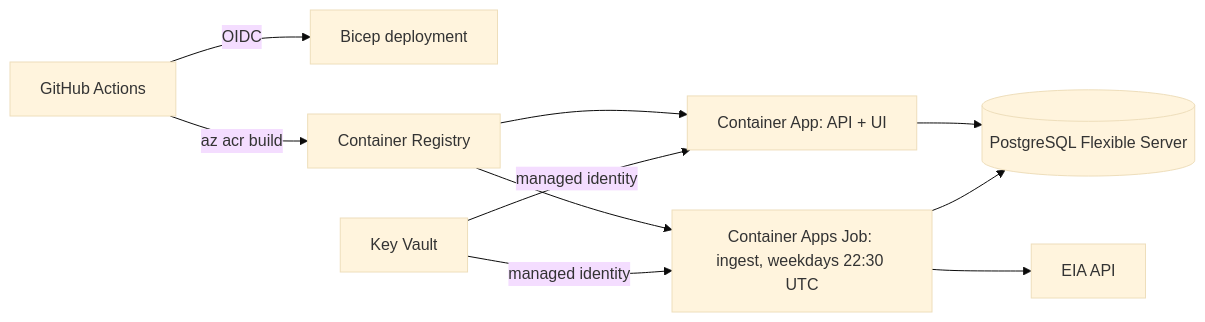
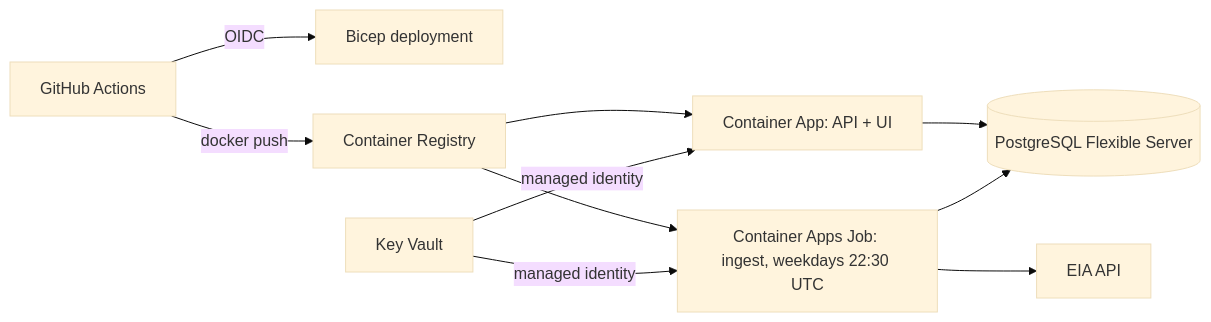
The diagram in docs/azure-deploy.md (honghong/energy-market-dashboard), drawn with Mermaid (base theme) before and after one commit. The commit also changed other lines of this file and 4 other files, not shown here.

First line of the commit message:
Deploy: build image on runner (ACR Tasks blocked), default to centralus, bump actions

````diff
--- a/docs/azure-deploy.md
+++ b/docs/azure-deploy.md
@@ -5,12 +5,12 @@
 ```mermaid
 flowchart LR
     GH[GitHub Actions] -->|OIDC| ARM[Bicep deployment]
-    GH -->|az acr build| ACR[Container Registry]
+    GH -->|docker push| ACR[Container Registry]
     ACR --> WEB[Container App: API + UI]
     ACR --> JOB[Container Apps Job: ingest, weekdays 22:30 UTC]
     KV[Key Vault] -->|managed identity| WEB
     KV -->|managed identity| JOB
     WEB --> PG[(PostgreSQL Flexible Server)]
     JOB --> PG
     JOB --> EIA[EIA API]
 ```
````
